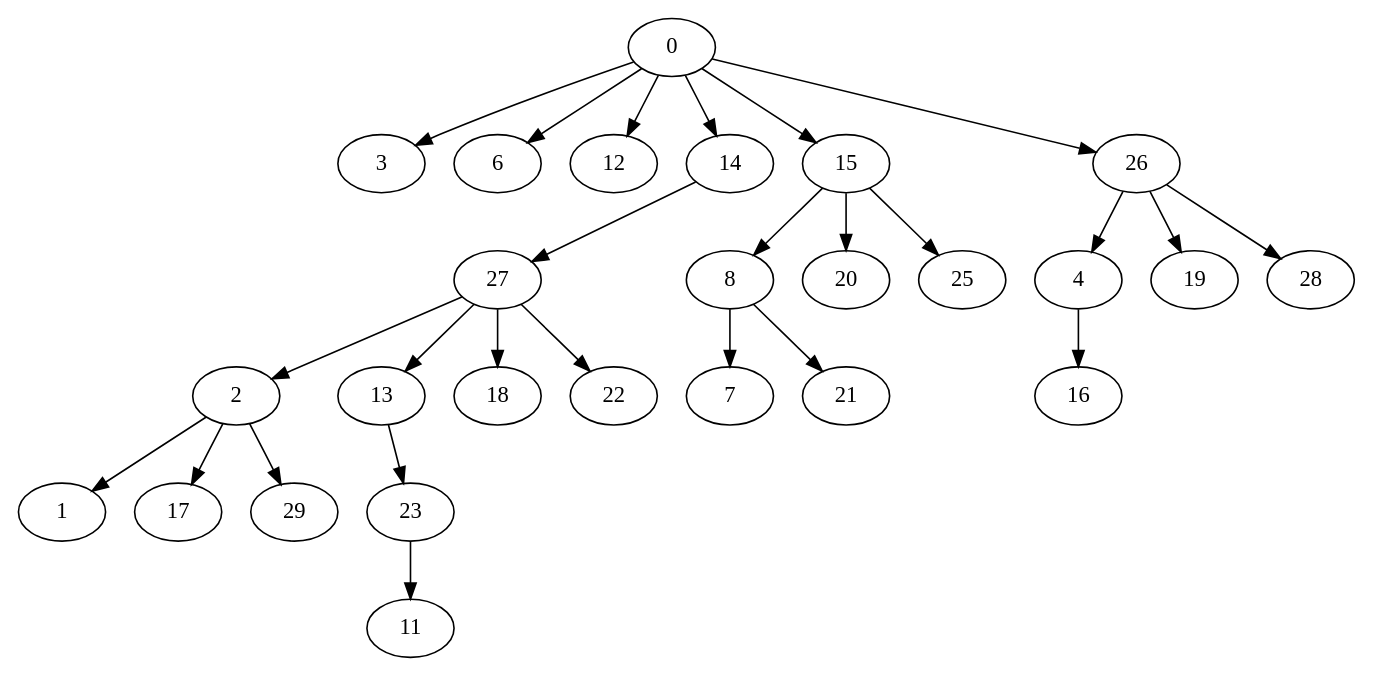
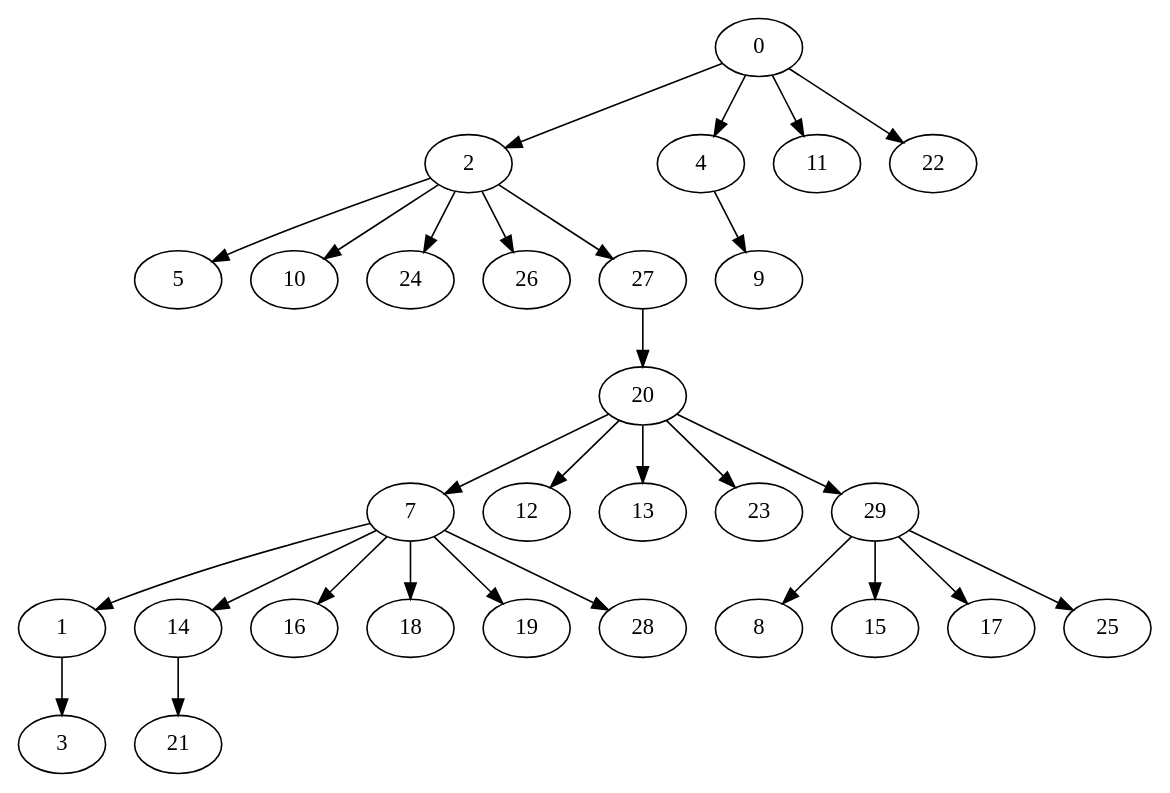
The diagram in gv/Geo_30_bfs.gv (HugoBec/graph), drawn with Graphviz before and after one commit. The commit also changed 90 other files, not shown here.

```diff
--- a/gv/Geo_30_bfs.gv
+++ b/gv/Geo_30_bfs.gv
@@ -1,53 +1,59 @@
 digraph {
 	0 [label=0]
-	3 [label=3]
-	6 [label=6]
-	12 [label=12]
-	14 [label=14]
-	15 [label=15]
+	2 [label=2]
+	4 [label=4]
+	11 [label=11]
+	22 [label=22]
+	5 [label=5]
+	10 [label=10]
+	24 [label=24]
 	26 [label=26]
 	27 [label=27]
-	8 [label=8]
+	9 [label=9]
 	20 [label=20]
-	25 [label=25]
-	4 [label=4]
+	7 [label=7]
+	12 [label=12]
+	13 [label=13]
+	23 [label=23]
+	29 [label=29]
+	1 [label=1]
+	14 [label=14]
+	16 [label=16]
+	18 [label=18]
 	19 [label=19]
 	28 [label=28]
-	2 [label=2]
-	13 [label=13]
-	18 [label=18]
-	22 [label=22]
-	7 [label=7]
+	8 [label=8]
+	15 [label=15]
+	17 [label=17]
+	25 [label=25]
+	3 [label=3]
 	21 [label=21]
-	16 [label=16]
-	1 [label=1]
-	17 [label=17]
-	29 [label=29]
-	23 [label=23]
-	11 [label=11]
-	0 -> 3
-	0 -> 6
-	0 -> 12
-	0 -> 14
-	0 -> 15
-	0 -> 26
-	14 -> 27
-	15 -> 8
-	15 -> 20
-	15 -> 25
-	26 -> 4
-	26 -> 19
-	26 -> 28
-	27 -> 2
-	27 -> 13
-	27 -> 18
-	27 -> 22
-	8 -> 7
-	8 -> 21
-	4 -> 16
-	2 -> 1
-	2 -> 17
-	2 -> 29
-	13 -> 23
-	23 -> 11
+	0 -> 2
+	0 -> 4
+	0 -> 11
+	0 -> 22
+	2 -> 5
+	2 -> 10
+	2 -> 24
+	2 -> 26
+	2 -> 27
+	4 -> 9
+	27 -> 20
+	20 -> 7
+	20 -> 12
+	20 -> 13
+	20 -> 23
+	20 -> 29
+	7 -> 1
+	7 -> 14
+	7 -> 16
+	7 -> 18
+	7 -> 19
+	7 -> 28
+	29 -> 8
+	29 -> 15
+	29 -> 17
+	29 -> 25
+	1 -> 3
+	14 -> 21
 }
```
